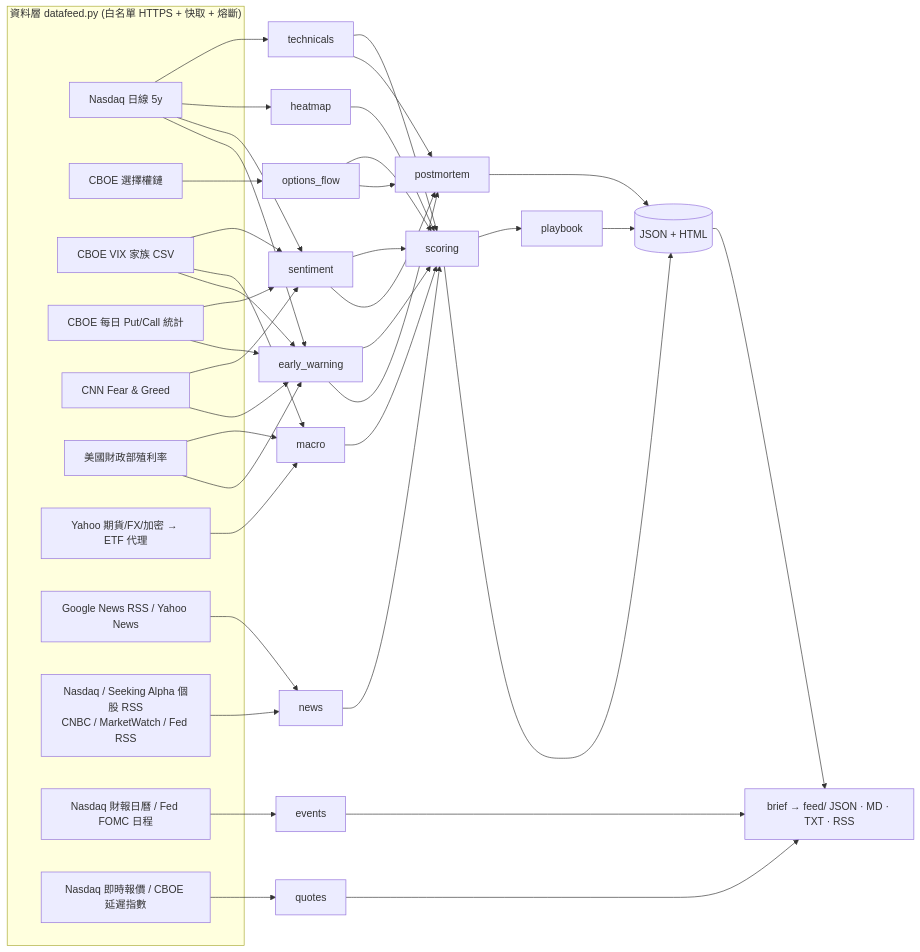
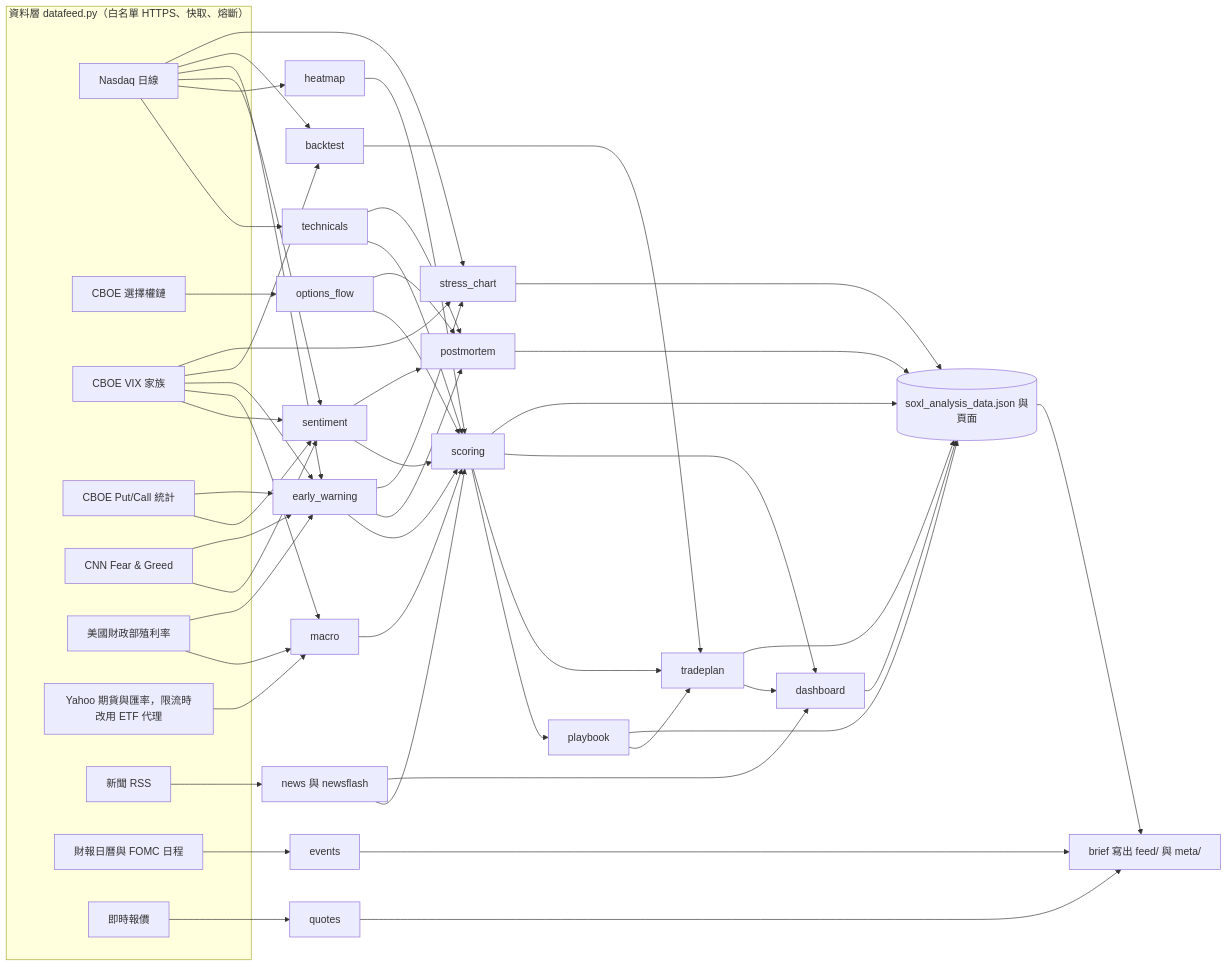
One commit to Corleonis6422/stock-dashboard changed the diagram in README.md. Above: the diagram before and after it, drawn with Mermaid. The commit also changed other lines of this file and 51 other files, not shown here.

Commit message:
feat: rebuild viewer page around combined stress chart

````diff
--- a/README.md
+++ b/README.md
@@ -120,39 +85,33 @@
 ```mermaid
 flowchart LR
-  subgraph Feeds["資料層 datafeed.py (白名單 HTTPS + 快取 + 熔斷)"]
-    N[Nasdaq 日線 5y]
+  subgraph Feeds["資料層 datafeed.py（白名單 HTTPS、快取、熔斷）"]
+    N[Nasdaq 日線]
     C1[CBOE 選擇權鏈]
-    C2[CBOE VIX 家族 CSV]
-    C3[CBOE 每日 Put/Call 統計]
+    C2[CBOE VIX 家族]
+    C3[CBOE Put/Call 統計]
     F[CNN Fear & Greed]
     T[美國財政部殖利率]
-    Y[Yahoo 期貨/FX/加密 → ETF 代理]
-    G[Google News RSS / Yahoo News]
-    R[Nasdaq / Seeking Alpha 個股 RSS<br/>CNBC / MarketWatch / Fed RSS]
-    K[Nasdaq 財報日曆 / Fed FOMC 日程]
-    Q[Nasdaq 即時報價 / CBOE 延遲指數]
+    Y[Yahoo 期貨與匯率，限流時改用 ETF 代理]
+    G[新聞 RSS]
+    K[財報日曆與 FOMC 日程]
+    Q[即時報價]
   end
   N --> TECH[technicals]
   N --> HM[heatmap]
   C1 --> OPT[options_flow]
-  C2 --> SEN[sentiment]
-  C3 --> SEN
-  F --> SEN
-  N --> SEN
-  T --> MAC[macro]
-  Y --> MAC
-  C2 --> MAC
-  N --> EWS[early_warning]
-  C2 --> EWS
-  F --> EWS
-  C3 --> EWS
-  T --> EWS
-  G & R --> NEWS[news]
-  K --> EV[events]
-  Q --> QT[quotes]
+  C2 & C3 & F & N --> SEN[sentiment]
+  T & Y & C2 --> MAC[macro]
+  N & C2 & F & C3 & T --> EWS[early_warning]
+  G --> NEWS[news 與 newsflash]
   TECH & OPT & SEN & HM & MAC & EWS & NEWS --> SC[scoring]
   SC --> PB[playbook]
   TECH & SEN & EWS & OPT --> PM[postmortem]
-  SC & PB & PM --> OUT[(JSON + HTML)]
-  OUT & EV & QT --> BR[brief → feed/ JSON · MD · TXT · RSS]
+  N & C2 --> BT[backtest]
+  BT & PB & SC --> TP[tradeplan]
+  SC & TP & NEWS --> DASH[dashboard]
+  N & C2 & EWS --> STR[stress_chart]
+  SC & PB & PM & TP & DASH & STR --> OUT[(soxl_analysis_data.json 與頁面)]
+  K --> EV[events]
+  Q --> QT[quotes]
+  OUT & EV & QT --> BR[brief 寫出 feed/ 與 meta/]
 ```
````
